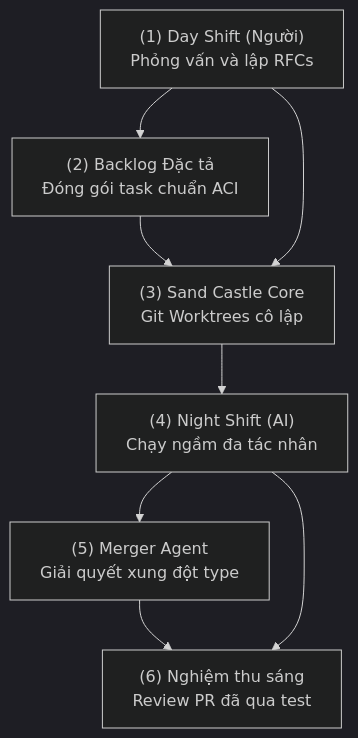
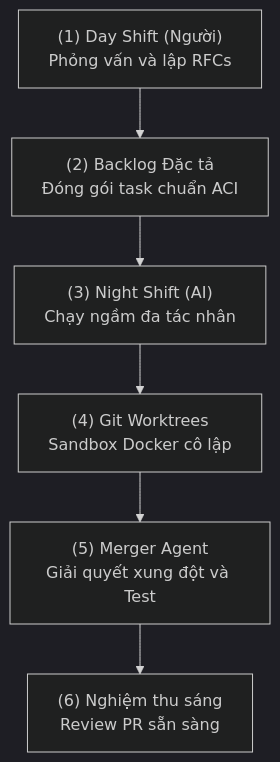
One commit to nguyengoctin/my_website changed the sixth of 6 diagrams in content/posts/ky-nghe-phan-mem-ban-dia-ai-va-5-bai-hoc-lam-chu-ai-agents.md. Above: the diagram before and after it, drawn with Mermaid (dark theme). The commit also changed other lines of this file and 19 other files, not shown here.

Commit message:
chore: implement Mermaid best-practice audit script, apply auto-fixes to posts, and adjust rendering configurations

````diff
--- a/content/posts/ky-nghe-phan-mem-ban-dia-ai-va-5-bai-hoc-lam-chu-ai-agents.md
+++ b/content/posts/ky-nghe-phan-mem-ban-dia-ai-va-5-bai-hoc-lam-chu-ai-agents.md
@@ -189,16 +180,14 @@
 ```mermaid
 flowchart TD
     DayShift["(1) Day Shift (Người)<br/>Phỏng vấn và lập RFCs"]
     SpecBacklog["(2) Backlog Đặc tả<br/>Đóng gói task chuẩn ACI"]
-    SandCastle["(3) Sand Castle Core<br/>Git Worktrees cô lập"]
-    NightShift["(4) Night Shift (AI)<br/>Chạy ngầm đa tác nhân"]
-    MergeAgent["(5) Merger Agent<br/>Giải quyết xung đột type"]
-    MorningReview["(6) Nghiệm thu sáng<br/>Review PR đã qua test"]
+    NightShift["(3) Night Shift (AI)<br/>Chạy ngầm đa tác nhân"]
+    SandCastle["(4) Git Worktrees<br/>Sandbox Docker cô lập"]
+    MergeAgent["(5) Merger Agent<br/>Giải quyết xung đột và Test"]
+    MorningReview["(6) Nghiệm thu sáng<br/>Review PR sẵn sàng"]
     DayShift --> SpecBacklog
-    SpecBacklog --> SandCastle
-    SandCastle --> NightShift
-    NightShift --> MergeAgent
+    SpecBacklog --> NightShift
+    NightShift --> SandCastle
+    SandCastle --> MergeAgent
     MergeAgent --> MorningReview
-    DayShift --> SandCastle
-    NightShift --> MorningReview
 ```
````
